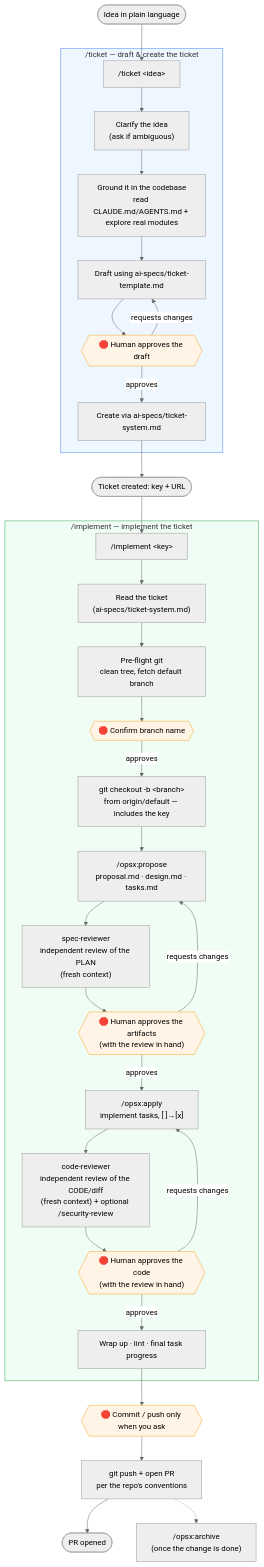
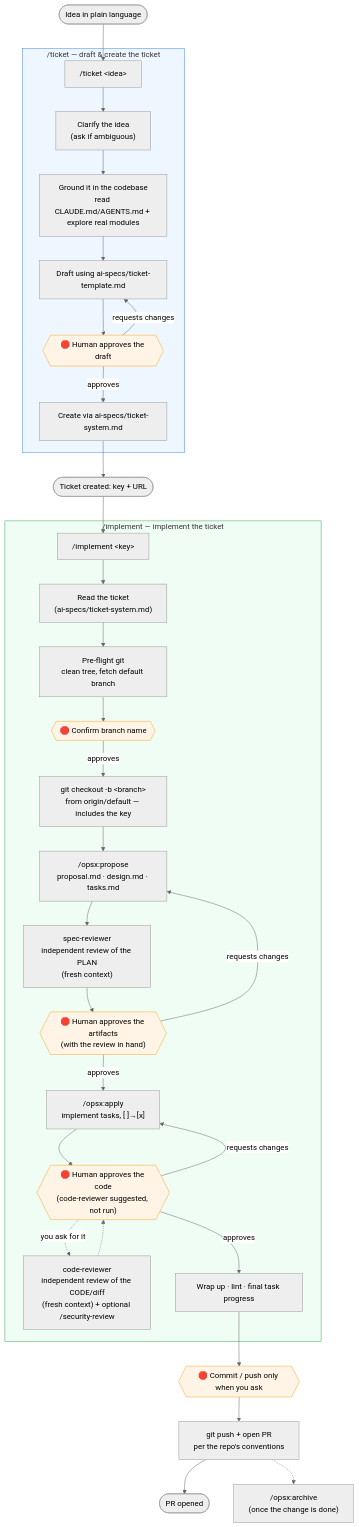
One commit to moovaio/sdd-toolkit changed the diagram in README.md. Above: the diagram before and after it, drawn with Mermaid (neutral theme). The commit also changed other lines of this file and 2 other files, not shown here.

First line of the commit message:
/implement: suggest the code review instead of running it

````diff
--- a/README.md
+++ b/README.md
@@ -34,45 +35,46 @@
 ```mermaid
 flowchart TD
     A([Idea in plain language]) --> T1["/ticket &lt;idea&gt;"]
 
     subgraph TICKET["/ticket — draft &amp; create the ticket"]
         T1 --> T2["Clarify the idea<br/>(ask if ambiguous)"]
         T2 --> T3["Ground it in the codebase<br/>read CLAUDE.md/AGENTS.md + explore real modules"]
         T3 --> T4["Draft using ai-specs/ticket-template.md"]
         T4 --> T5{{"🛑 Human approves the draft"}}
         T5 -->|requests changes| T4
         T5 -->|approves| T6["Create via ai-specs/ticket-system.md"]
     end
 
     T6 --> K([Ticket created: key + URL])
     K --> I1["/implement &lt;key&gt;"]
 
     subgraph IMPL["/implement — implement the ticket"]
         I1 --> I2["Read the ticket<br/>(ai-specs/ticket-system.md)"]
         I2 --> I3["Pre-flight git<br/>clean tree, fetch default branch"]
         I3 --> I4{{"🛑 Confirm branch name"}}
         I4 -->|approves| I5["git checkout -b &lt;branch&gt;<br/>from origin/default — includes the key"]
         I5 --> I6["/opsx:propose<br/>proposal.md · design.md · tasks.md"]
         I6 --> I7["spec-reviewer<br/>independent review of the PLAN<br/>(fresh context)"]
         I7 --> I8{{"🛑 Human approves the artifacts<br/>(with the review in hand)"}}
         I8 -->|requests changes| I6
         I8 -->|approves| I9["/opsx:apply<br/>implement tasks, [ ]→[x]"]
-        I9 --> I10["code-reviewer<br/>independent review of the CODE/diff<br/>(fresh context) + optional /security-review"]
-        I10 --> I11{{"🛑 Human approves the code<br/>(with the review in hand)"}}
-        I11 -->|requests changes| I9
-        I11 -->|approves| I12["Wrap up · lint · final task progress"]
+        I9 --> I10{{"🛑 Human approves the code<br/>(code-reviewer suggested, not run)"}}
+        I10 -.->|"you ask for it"| I10b["code-reviewer<br/>independent review of the CODE/diff<br/>(fresh context) + optional /security-review"]
+        I10b -.-> I10
+        I10 -->|requests changes| I9
+        I10 -->|approves| I12["Wrap up · lint · final task progress"]
     end
 
     I12 --> P1{{"🛑 Commit / push only when you ask"}}
     P1 --> P2["git push + open PR<br/>per the repo's conventions"]
     P2 --> PR([PR opened])
     P2 -.-> AR["/opsx:archive<br/>(once the change is done)"]
 
     style TICKET fill:#eef6ff,stroke:#4285f4
     style IMPL fill:#f0fdf4,stroke:#34a853
     style T5 fill:#fff4e5,stroke:#f5a623
     style I4 fill:#fff4e5,stroke:#f5a623
     style I8 fill:#fff4e5,stroke:#f5a623
-    style I11 fill:#fff4e5,stroke:#f5a623
+    style I10 fill:#fff4e5,stroke:#f5a623
     style P1 fill:#fff4e5,stroke:#f5a623
 ```
````
